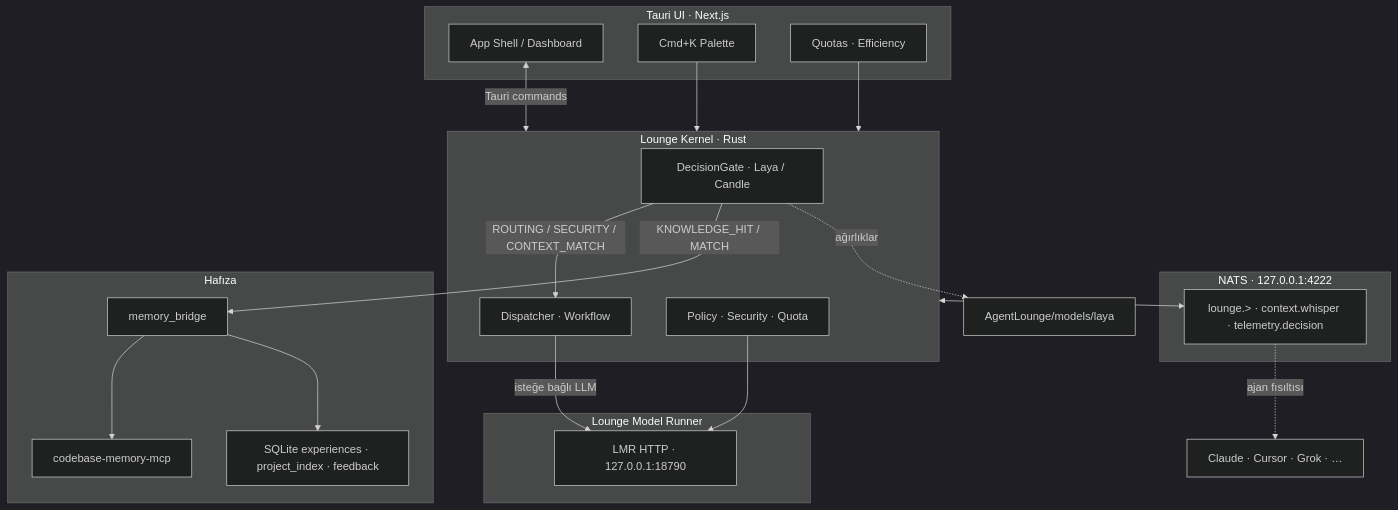
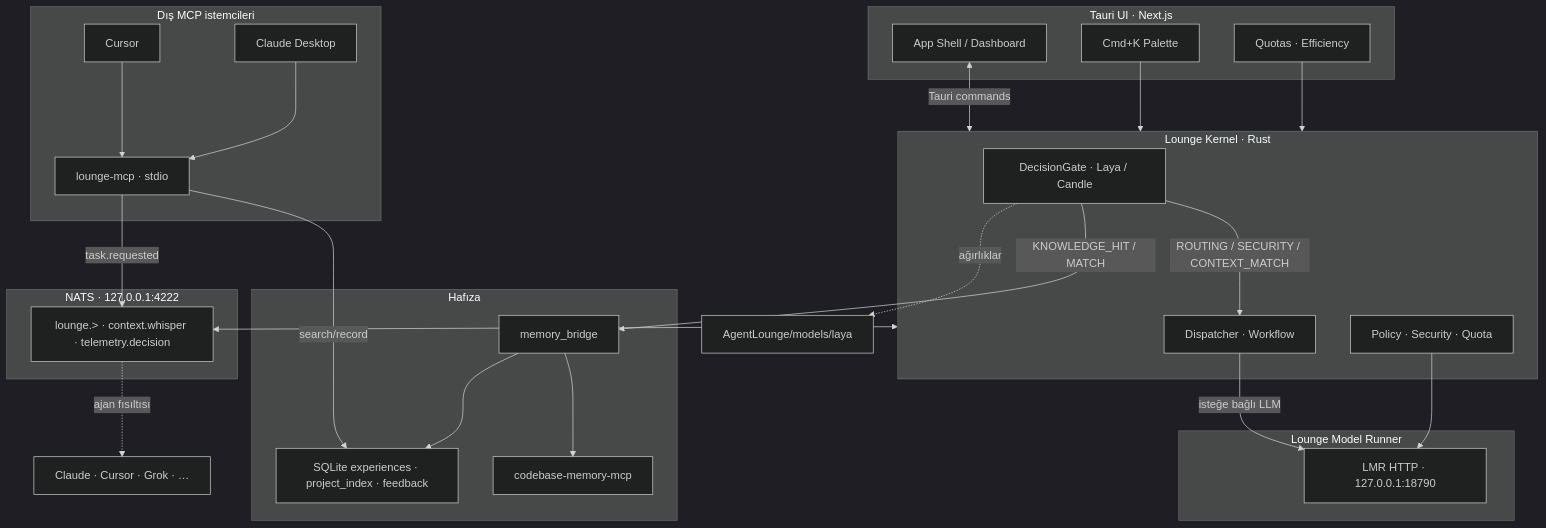
The diagram in README.md (sewox/Agent-Lounge-OS), drawn with Mermaid (dark theme) before and after one commit. The commit also changed other lines of this file and 19 other files, not shown here.

First line of the commit message:
feat(mcp): Lounge'u Cursor/Claude için MCP sunucusu olarak aç (#38)

````diff
--- a/README.md
+++ b/README.md
@@ -45,41 +47,51 @@
 ```mermaid
 flowchart TB
   subgraph UI["Tauri UI · Next.js"]
     Shell["App Shell / Dashboard"]
     Palette["Cmd+K Palette"]
     Quotas["Quotas · Efficiency"]
   end
 
   subgraph Bus["NATS · 127.0.0.1:4222"]
     Subjects["lounge.> · context.whisper · telemetry.decision"]
   end
 
   subgraph Kernel["Lounge Kernel · Rust"]
     Gate["DecisionGate · Laya / Candle"]
     Disp["Dispatcher · Workflow"]
     Policy["Policy · Security · Quota"]
   end
 
   subgraph LMR["Lounge Model Runner"]
     Runner["LMR HTTP · 127.0.0.1:18790"]
   end
 
   subgraph Mem["Hafıza"]
     Bridge["memory_bridge"]
     MCP["codebase-memory-mcp"]
     SQLite["SQLite experiences · project_index · feedback"]
   end
 
+  subgraph Ext["Dış MCP istemcileri"]
+    CursorMCP["Cursor"]
+    ClaudeMCP["Claude Desktop"]
+    LoungeMCP["lounge-mcp · stdio"]
+  end
+
   Shell <-->|Tauri commands| Kernel
   Palette --> Kernel
   Quotas --> Kernel
   Kernel <--> Subjects
   Subjects -.->|ajan fısıltısı| Agents["Claude · Cursor · Grok · …"]
   Gate -->|ROUTING / SECURITY / CONTEXT_MATCH| Disp
   Policy --> Runner
   Disp -->|isteğe bağlı LLM| Runner
   Gate -->|KNOWLEDGE_HIT / MATCH| Bridge
   Bridge --> MCP
   Bridge --> SQLite
   Gate -.->|ağırlıklar| LayaDir["AgentLounge/models/laya"]
+  CursorMCP --> LoungeMCP
+  ClaudeMCP --> LoungeMCP
+  LoungeMCP -->|search/record| SQLite
+  LoungeMCP -->|task.requested| Subjects
 ```
````
